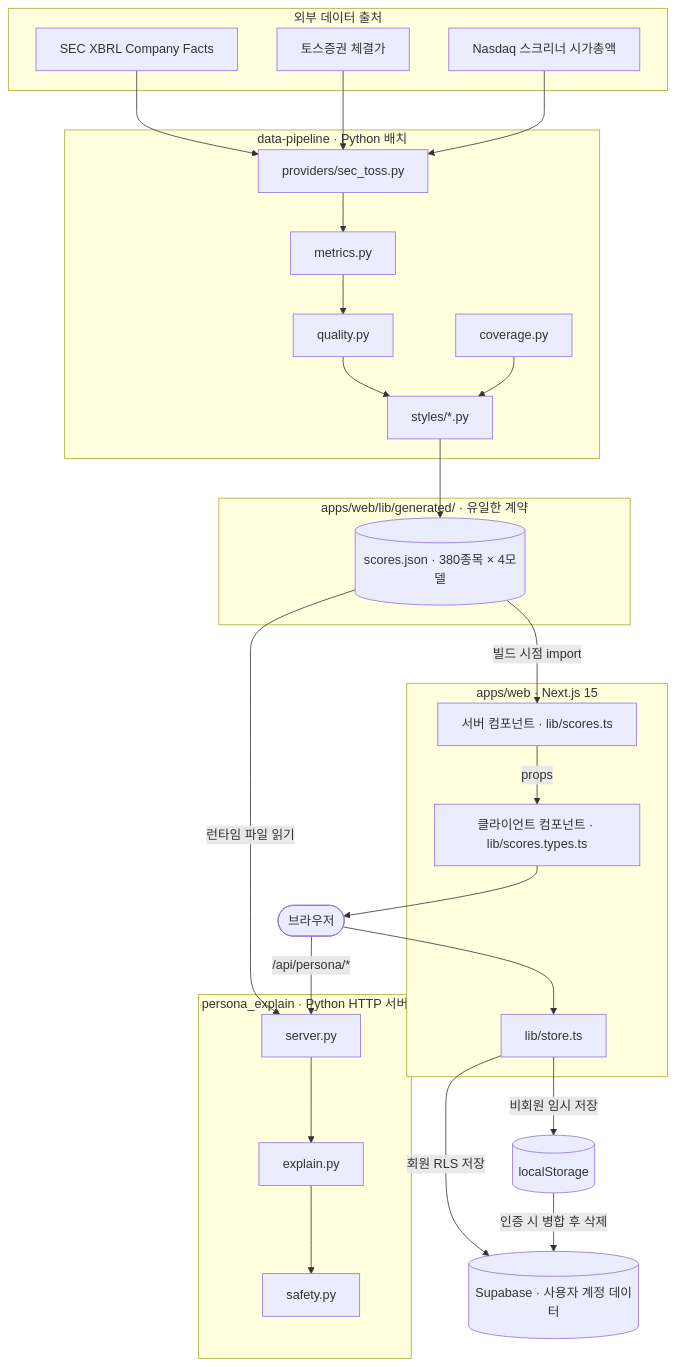
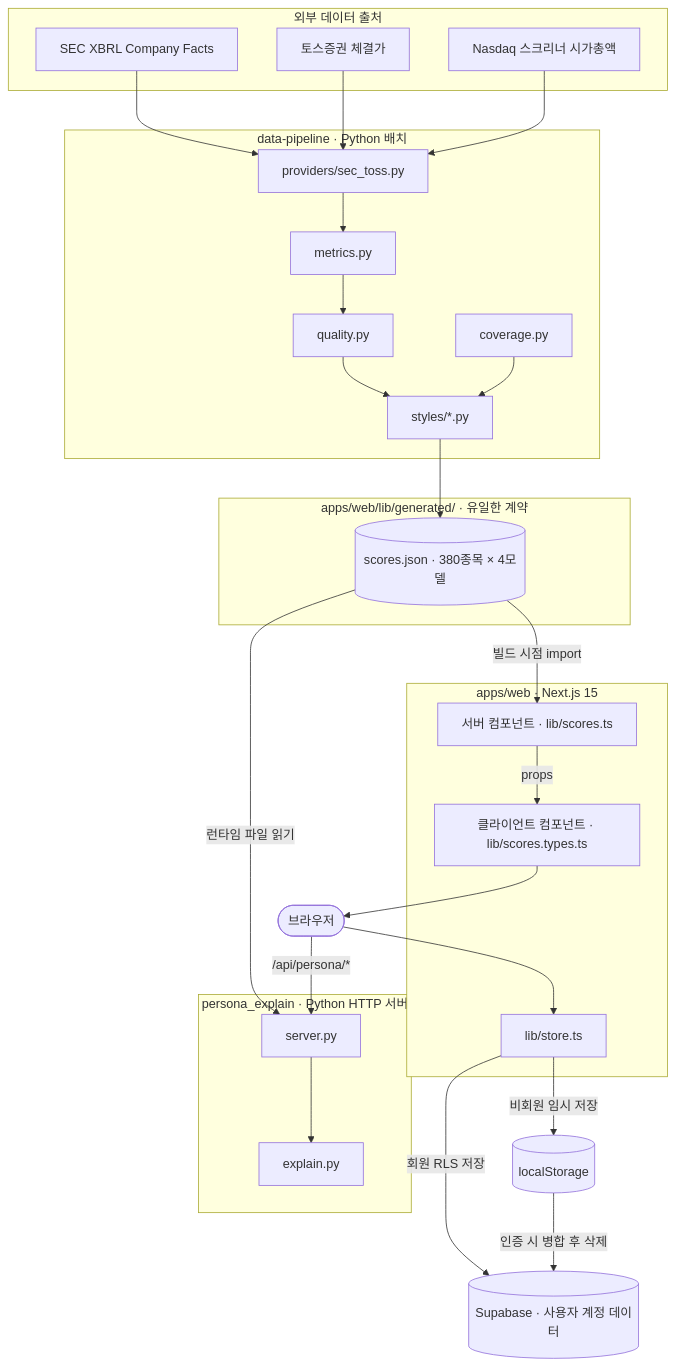
One commit to Tokenaires-hancom/tokenaires_wisor changed the first of 7 diagrams in docs/system-design.md. Above: the diagram before and after it, drawn with Mermaid. The commit also changed other lines of this file and 16 other files, not shown here.

````diff
--- a/docs/system-design.md
+++ b/docs/system-design.md
@@ -22,54 +22,53 @@
 ```mermaid
 flowchart TB
     subgraph EXT["외부 데이터 출처"]
         SEC["SEC XBRL Company Facts"]
         TOSS["토스증권 체결가"]
         NDQ["Nasdaq 스크리너 시가총액"]
     end
 
     subgraph BATCH["data-pipeline · Python 배치"]
         PROV["providers/sec_toss.py"]
         MET["metrics.py"]
         QUA["quality.py"]
         COV["coverage.py"]
         STY["styles/*.py"]
     end
 
     subgraph GEN["apps/web/lib/generated/ · 유일한 계약"]
         SJ[("scores.json · 380종목 × 4모델")]
     end
 
     subgraph WEB["apps/web · Next.js 15"]
         SRV["서버 컴포넌트 · lib/scores.ts"]
         CLI["클라이언트 컴포넌트 · lib/scores.types.ts"]
         STORE["lib/store.ts"]
     end
 
     subgraph CHAT["persona_explain · Python HTTP 서버"]
         PS["server.py"]
-        SAFE["safety.py"]
         LLM["explain.py"]
     end
 
     BROWSER(["브라우저"])
     LS[("localStorage")]
     SB[("Supabase · 사용자 계정 데이터")]
 
     SEC --> PROV
     TOSS --> PROV
     NDQ --> PROV
     PROV --> MET --> QUA --> STY --> SJ
     COV --> STY
 
     SJ -->|빌드 시점 import| SRV
     SJ -->|런타임 파일 읽기| PS
 
     SRV -->|props| CLI
     CLI --> BROWSER
     BROWSER -->|/api/persona/*| PS
-    PS --> LLM --> SAFE
+    PS --> LLM
     BROWSER --> STORE
     STORE -->|"비회원 임시 저장"| LS
     STORE -->|"회원 RLS 저장"| SB
     LS -->|"인증 시 병합 후 삭제"| SB
 ```
````
